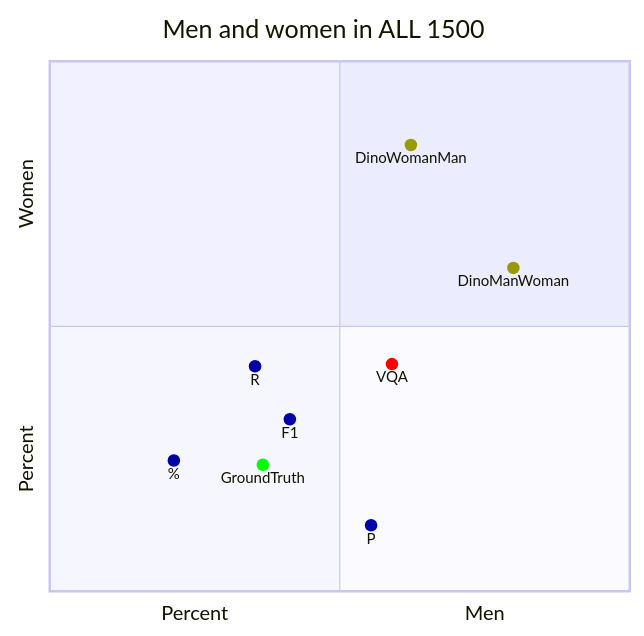
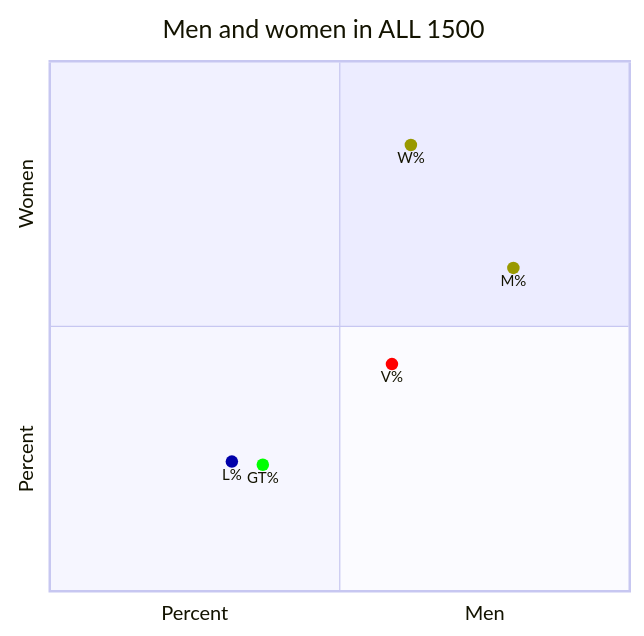
Before and after one commit to Modern36/tropes_1500: the first of 11 diagrams in browser/scatter.md, drawn with Mermaid. The commit also changed other lines of this file and 1 other file, not shown here.

````diff
--- a/browser/scatter.md
+++ b/browser/scatter.md
@@ -12,15 +12,12 @@
 ```mermaid
 quadrantChart
     title Men and women in ALL  1500
     x-axis Percent --> Men
     y-axis Percent --> Women
-    DinoManWoman: [0.7993333333333333, 0.61] color: #999900
-    DinoWomanMan: [0.6226666666666667, 0.842] color: #999900
-    GroundTruth: [0.36733333333333335, 0.23866666666666667] color: #00FF00
-    VQA: [0.59, 0.42866666666666664] color: #FF0000
-    %: [0.214, 0.24666666666667] color: #0000AA
-    F1: [0.414, 0.324466666666666667] color: #0000AA
-    R: [0.354, 0.424466666666666667] color: #0000AA
-    P: [0.554, 0.124466666666666667] color: #0000AA
+    M%: [0.7993333333333333, 0.61] color: #999900
+    W%: [0.6226666666666667, 0.842] color: #999900
+    GT%: [0.36733333333333335, 0.23866666666666667] color: #00FF00
+    V%: [0.59, 0.42866666666666664] color: #FF0000
+    L%: [0.314, 0.24466666666666667] color: #0000AA
 
 ```
````
